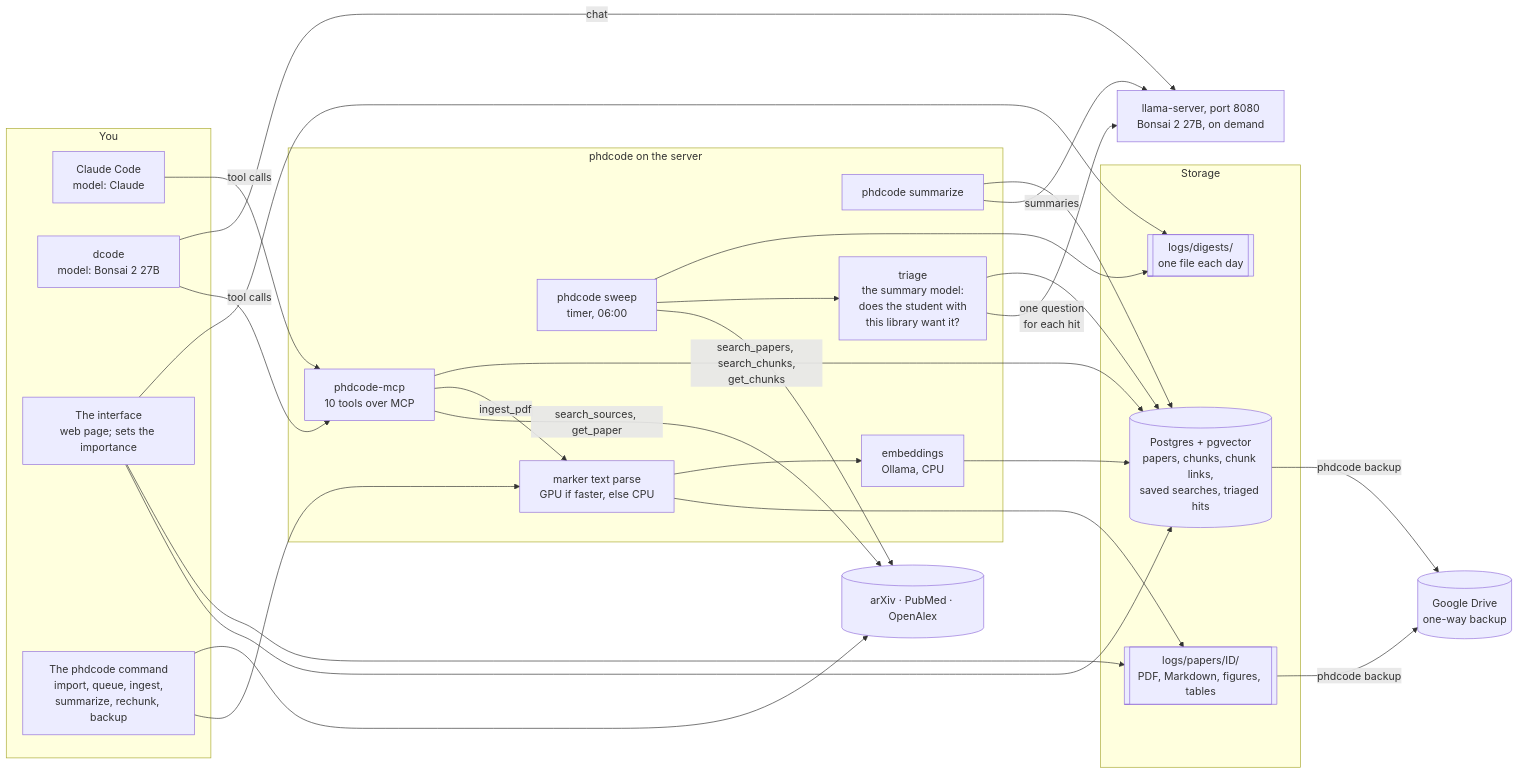
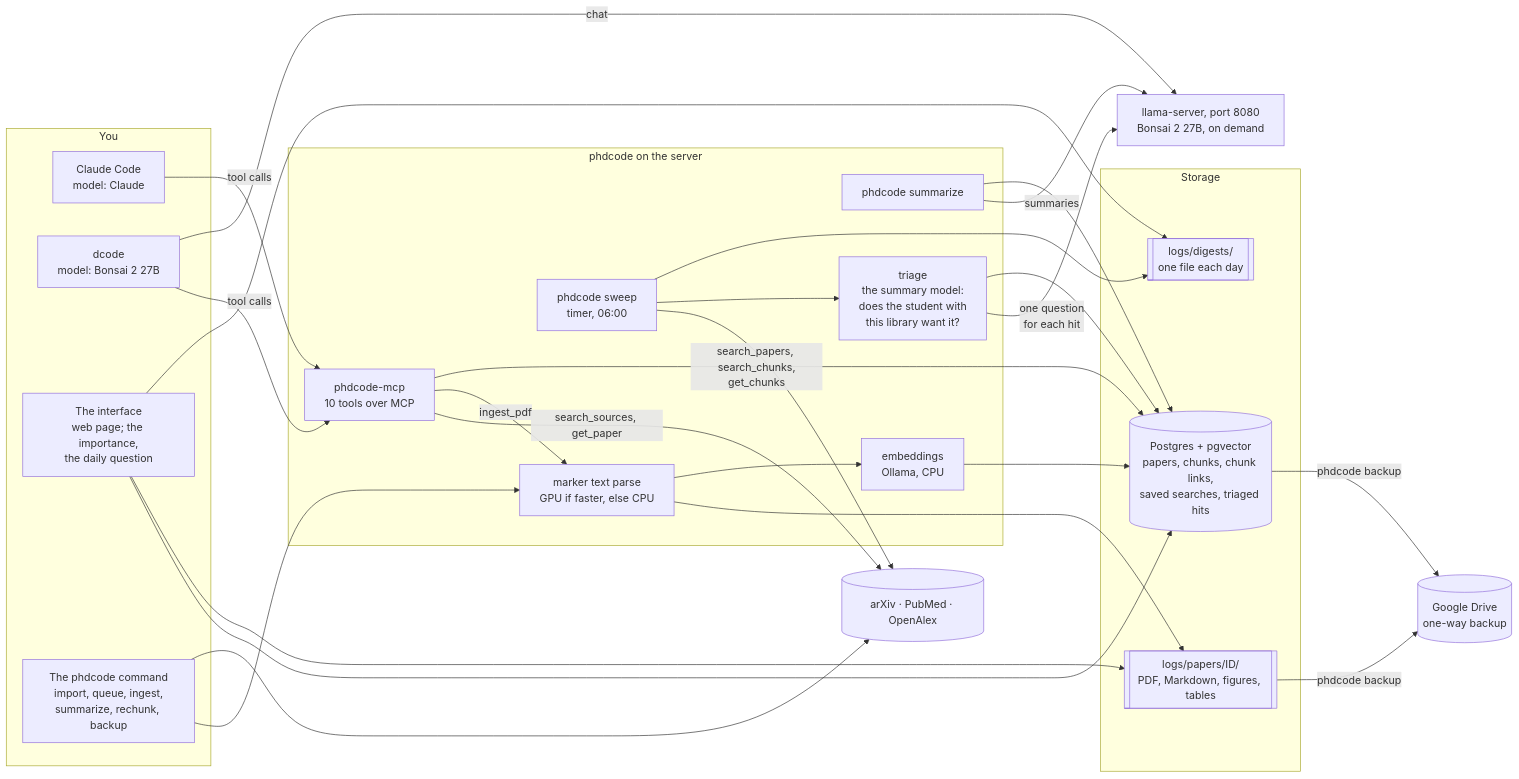
One commit to fuminaba/phdcode changed the first of 6 diagrams in docs/how-it-works.md. Above: the diagram before and after it, drawn with Mermaid. The commit also changed 19 other files, not shown here.

````diff
--- a/docs/how-it-works.md
+++ b/docs/how-it-works.md
@@ -7,48 +7,48 @@
 ```mermaid
 flowchart LR
   subgraph you["You"]
     CC["Claude Code<br/>model: Claude"]
     DC["dcode<br/>model: Bonsai 2 27B"]
-    UI["The interface<br/>web page; sets the importance"]
+    UI["The interface<br/>web page; the importance,<br/>the daily question"]
     CLI["The phdcode command<br/>import, queue, ingest,<br/>summarize, rechunk, backup"]
   end
   subgraph phd["phdcode on the server"]
     MCP["phdcode-mcp<br/>10 tools over MCP"]
     SW["phdcode sweep<br/>timer, 06:00"]
     SUM["phdcode summarize"]
     PARSE["marker text parse<br/>GPU if faster, else CPU"]
     EMB["embeddings<br/>Ollama, CPU"]
     TRI["triage<br/>the summary model:<br/>does the student with<br/>this library want it?"]
   end
   subgraph store["Storage"]
     PG[("Postgres + pgvector<br/>papers, chunks, chunk links,<br/>saved searches, triaged hits")]
     FILES[["logs/papers/ID/<br/>PDF, Markdown, figures, tables"]]
     DIG[["logs/digests/<br/>one file each day"]]
   end
   SRC[("arXiv · PubMed · OpenAlex")]
   LLM["llama-server, port 8080<br/>Bonsai 2 27B, on demand"]
   DRIVE[("Google Drive<br/>one-way backup")]
   CC -- "tool calls" --> MCP
   DC -- "tool calls" --> MCP
   DC -- "chat" --> LLM
   CLI --> PARSE
   CLI --> SRC
   MCP -- "search_sources, get_paper" --> SRC
   MCP -- "ingest_pdf" --> PARSE
   PARSE --> FILES
   PARSE --> EMB
   EMB --> PG
   MCP -- "search_papers, search_chunks,<br/>get_chunks" --> PG
   SW --> SRC
   SW --> TRI
   TRI -- "one question<br/>for each hit" --> LLM
   TRI --> PG
   SW --> DIG
   SUM -- "summaries" --> LLM
   SUM --> PG
   UI --> PG
   UI --> FILES
   UI --> DIG
   PG -- "phdcode backup" --> DRIVE
   FILES -- "phdcode backup" --> DRIVE
 ```
````
